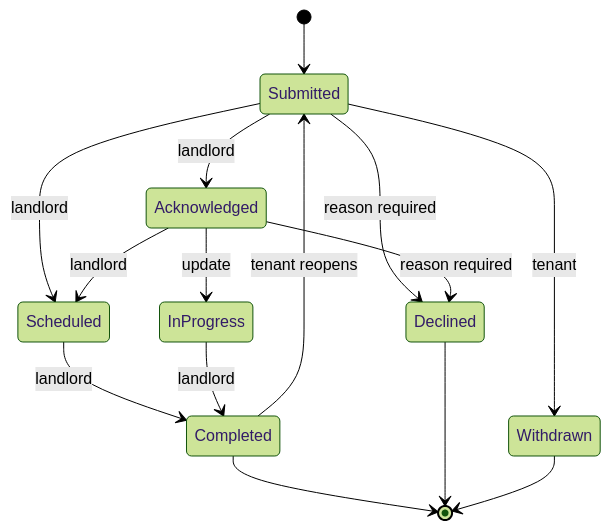
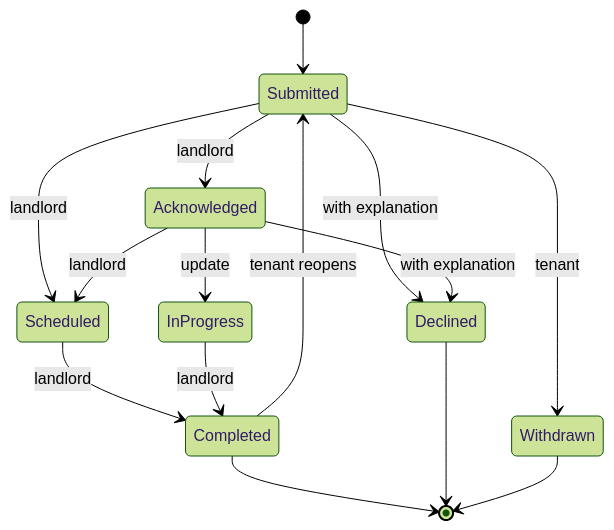
One commit to ifuseek/work-request-tracker changed the second of 2 diagrams in README.md. Above: the diagram before and after it, drawn with Mermaid (forest theme). The commit also changed other lines of this file and 14 other files, not shown here.

````diff
--- a/README.md
+++ b/README.md
@@ -49,17 +49,17 @@
 ```mermaid
 stateDiagram-v2
     [*] --> Submitted
     Submitted --> Acknowledged: landlord
     Submitted --> Scheduled: landlord
     Acknowledged --> Scheduled: landlord
     Acknowledged --> InProgress: update
     Scheduled --> Completed: landlord
     InProgress --> Completed: landlord
-    Submitted --> Declined: reason required
-    Acknowledged --> Declined: reason required
+    Submitted --> Declined: with explanation
+    Acknowledged --> Declined: with explanation
     Submitted --> Withdrawn: tenant
     Completed --> Submitted: tenant reopens
     Completed --> [*]
     Declined --> [*]
     Withdrawn --> [*]
 ```
````
